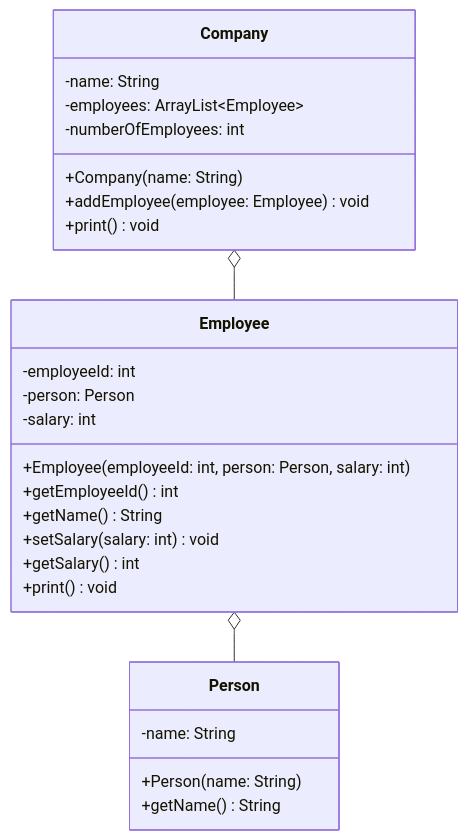
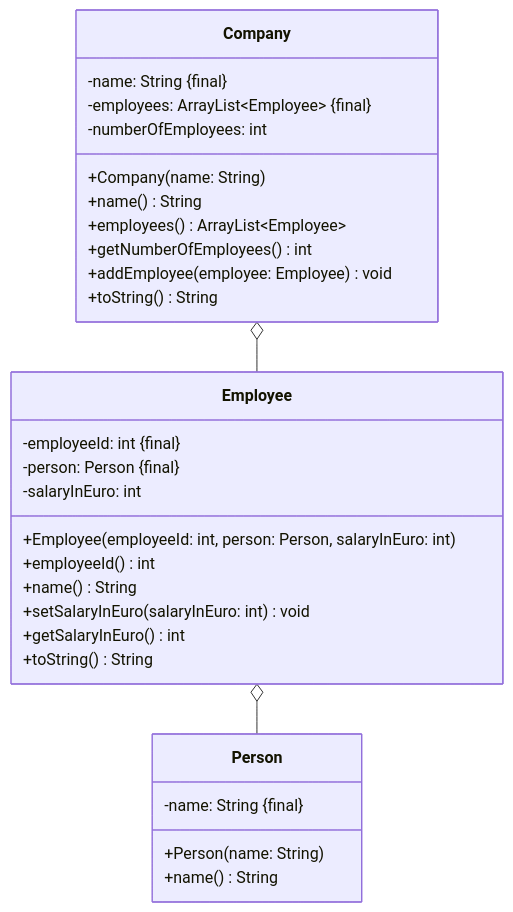
Before and after one commit to jappuccini/java-docs: the diagram in docs/exercises/uml/class-diagrams04.mdx, drawn with Mermaid. The commit also changed other lines of this file and 39 other files, not shown here.

````diff
--- a/docs/exercises/uml/class-diagrams04.mdx
+++ b/docs/exercises/uml/class-diagrams04.mdx
@@ -15,32 +15,35 @@
 ```mermaid
 classDiagram
     Company o-- Employee
     Employee o-- Person
 
     class Company {
-        -name: String
-        -employees: ArrayList~Employee~
+        -name: String &#123final&#125
+        -employees: ArrayList~Employee~ &#123final&#125
         -numberOfEmployees: int
         +Company(name: String)
+        +name() String
+        +employees() ArrayList~Employee~
+        +getNumberOfEmployees() int
         +addEmployee(employee: Employee) void
-        +print() void
+        +toString() String
     }
 
     class Person {
-        -name: String
+        -name: String &#123final&#125
         +Person(name: String)
-        +getName() String
+        +name() String
     }
 
     class Employee {
-        -employeeId: int
-        -person: Person
-        -salary: int
-        +Employee(employeeId: int, person: Person, salary: int)
-        +getEmployeeId() int
-        +getName() String
-        +setSalary(salary: int) void
-        +getSalary() int
-        +print() void
+        -employeeId: int &#123final&#125
+        -person: Person &#123final&#125
+        -salaryInEuro: int
+        +Employee(employeeId: int, person: Person, salaryInEuro: int)
+        +employeeId() int
+        +name() String
+        +setSalaryInEuro(salaryInEuro: int) void
+        +getSalaryInEuro() int
+        +toString() String
     }
 ```
````
